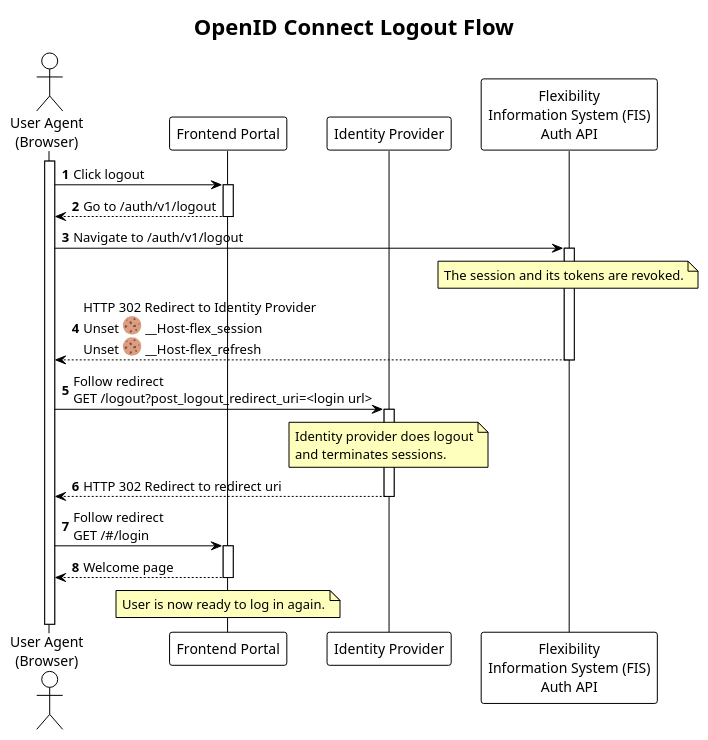
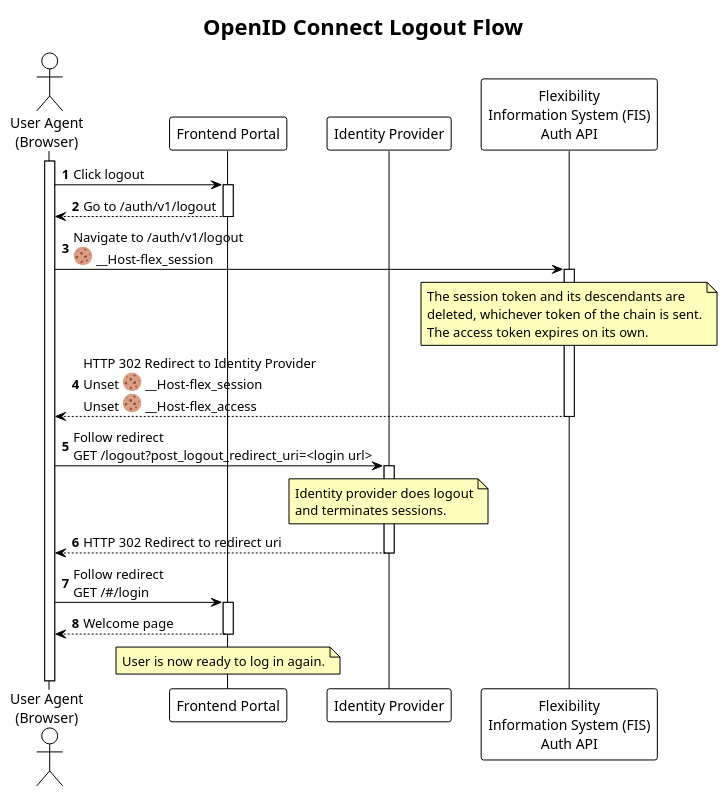
One commit to elhub/flex-information-system changed the diagram in docs-dev/diagrams/oidc_logout_sequence.plantuml. Above: the diagram before and after it, drawn with PlantUML. The commit also changed 7 other files, not shown here.

Commit message:
docs: new iteration (opaque session token + JWT access token) (FLEX-1617)

```diff
--- a/docs-dev/diagrams/oidc_logout_sequence.plantuml
+++ b/docs-dev/diagrams/oidc_logout_sequence.plantuml
@@ -1,42 +1,44 @@
 @startuml oidc_logout_sequence
 
 !theme plain
 
 title OpenID Connect Logout Flow
 
 autonumber
 autoactivate on
 
 skinparam note {
     BackgroundColor #FFFFBD
 }
 
 actor "User Agent\n(Browser)" as UA
 activate UA
 participant "Frontend Portal" as PORTAL
 participant "Identity Provider" as IDP
 participant "Flexibility\nInformation System (FIS)\nAuth API" as AUTH
 
 UA -> PORTAL: Click logout
 return Go to /auth/v1/logout
-UA -> AUTH: Navigate to /auth/v1/logout
+UA -> AUTH: Navigate to /auth/v1/logout\n<:cookie:> __Host-flex_session
 note over AUTH
-    The session and its tokens are revoked.
+    The session token and its descendants are
+    deleted, whichever token of the chain is sent.
+    The access token expires on its own.
 end note
-return HTTP 302 Redirect to Identity Provider\nUnset <:cookie:> __Host-flex_session\nUnset <:cookie:> __Host-flex_refresh
+return HTTP 302 Redirect to Identity Provider\nUnset <:cookie:> __Host-flex_session\nUnset <:cookie:> __Host-flex_access
 
 UA -> IDP: Follow redirect\nGET /logout?post_logout_redirect_uri=<login url>
 note over IDP
     Identity provider does logout
     and terminates sessions.
 end note
 return HTTP 302 Redirect to redirect uri
 
 UA -> PORTAL: Follow redirect\nGET /#/login
 return Welcome page
 
 note over PORTAL
     User is now ready to log in again.
 end note
 
 @enduml
```
